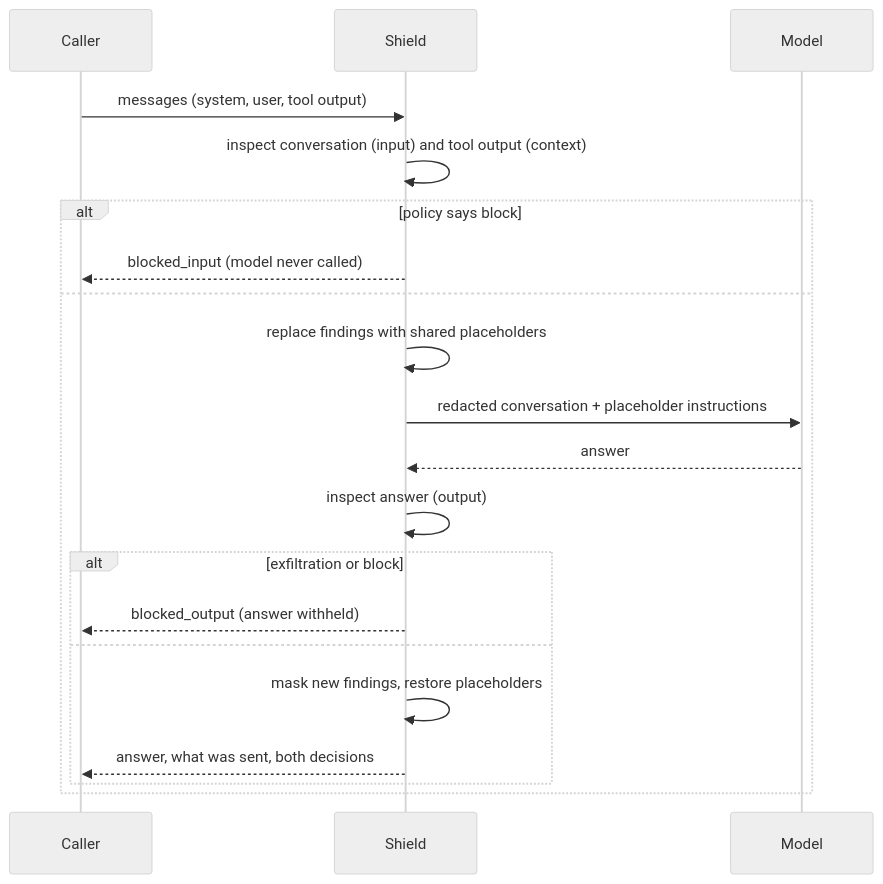
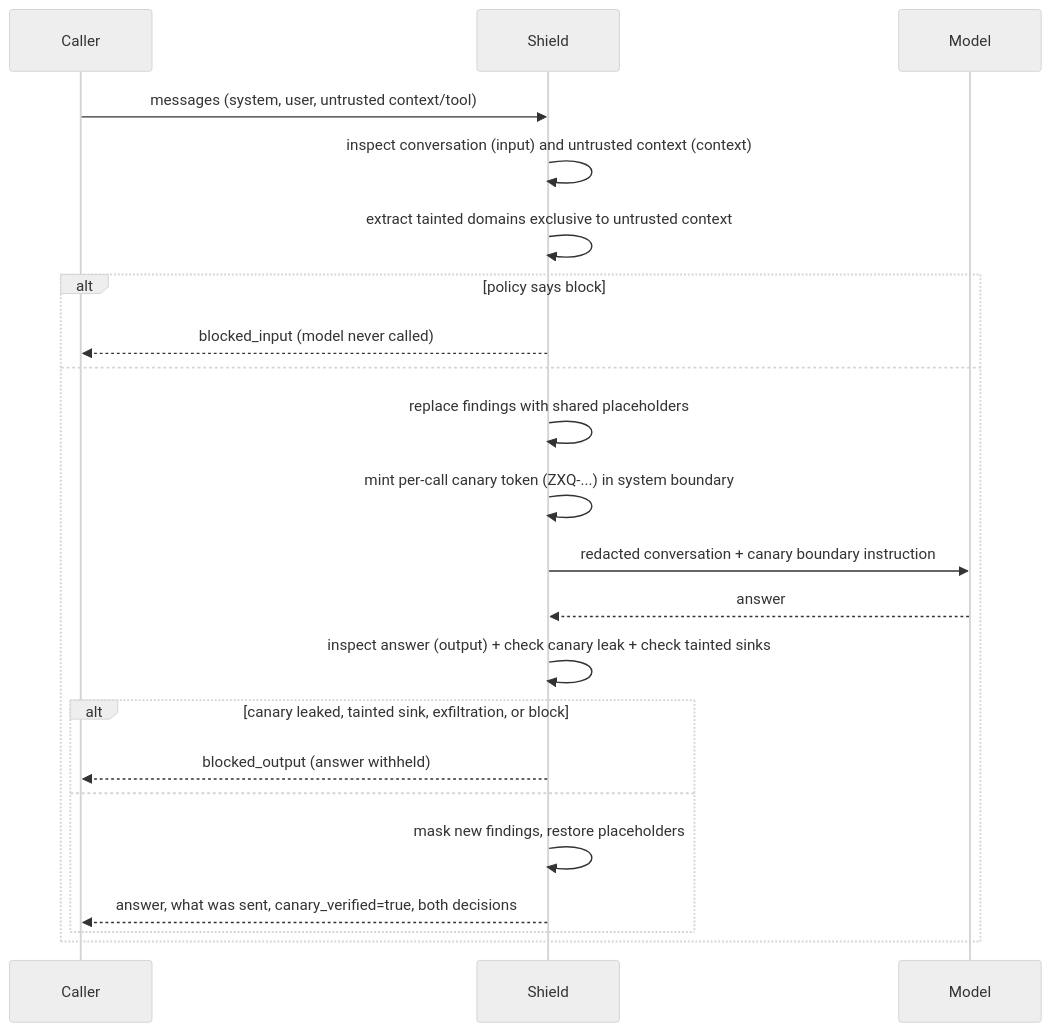
The third of 3 diagrams in docs/architecture.md (abulslab/Zero-Trust-Prompt-Shield), drawn with Mermaid (neutral theme) before and after one commit. The commit also changed other lines of this file and 27 other files, not shown here.

Commit message:
feat: add shadow de-obfuscation, canary tripwires, taint tracking, tool guard, synthetic redaction, and tamper-evident audit chain

````diff
--- a/docs/architecture.md
+++ b/docs/architecture.md
@@ -85,22 +86,24 @@
 ```mermaid
 sequenceDiagram
     participant C as Caller
     participant S as Shield
     participant M as Model
-    C->>S: messages (system, user, tool output)
-    S->>S: inspect conversation (input) and tool output (context)
+    C->>S: messages (system, user, untrusted context/tool)
+    S->>S: inspect conversation (input) and untrusted context (context)
+    S->>S: extract tainted domains exclusive to untrusted context
     alt policy says block
         S-->>C: blocked_input (model never called)
     else
         S->>S: replace findings with shared placeholders
-        S->>M: redacted conversation + placeholder instructions
+        S->>S: mint per-call canary token (ZXQ-...) in system boundary
+        S->>M: redacted conversation + canary boundary instruction
         M-->>S: answer
-        S->>S: inspect answer (output)
-        alt exfiltration or block
+        S->>S: inspect answer (output) + check canary leak + check tainted sinks
+        alt canary leaked, tainted sink, exfiltration, or block
             S-->>C: blocked_output (answer withheld)
         else
             S->>S: mask new findings, restore placeholders
-            S-->>C: answer, what was sent, both decisions
+            S-->>C: answer, what was sent, canary_verified=true, both decisions
         end
     end
 ```
````
